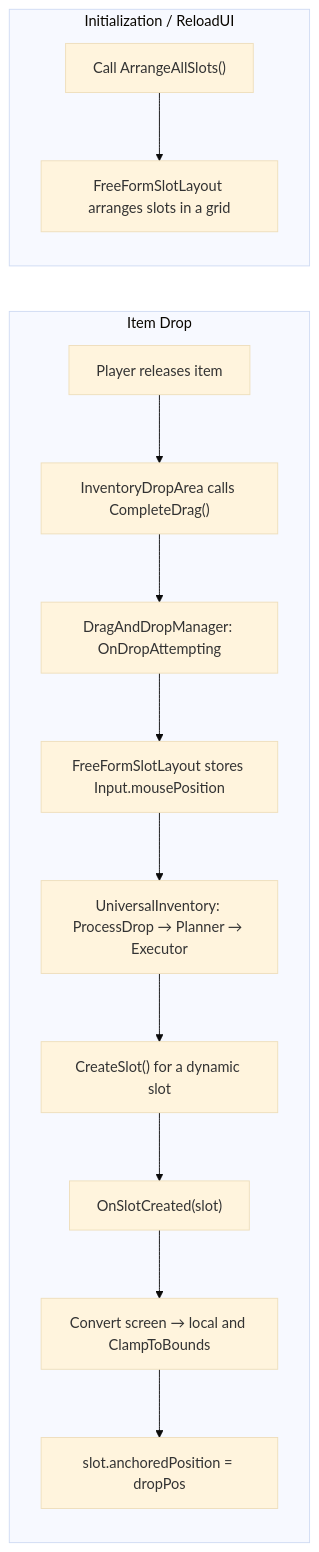
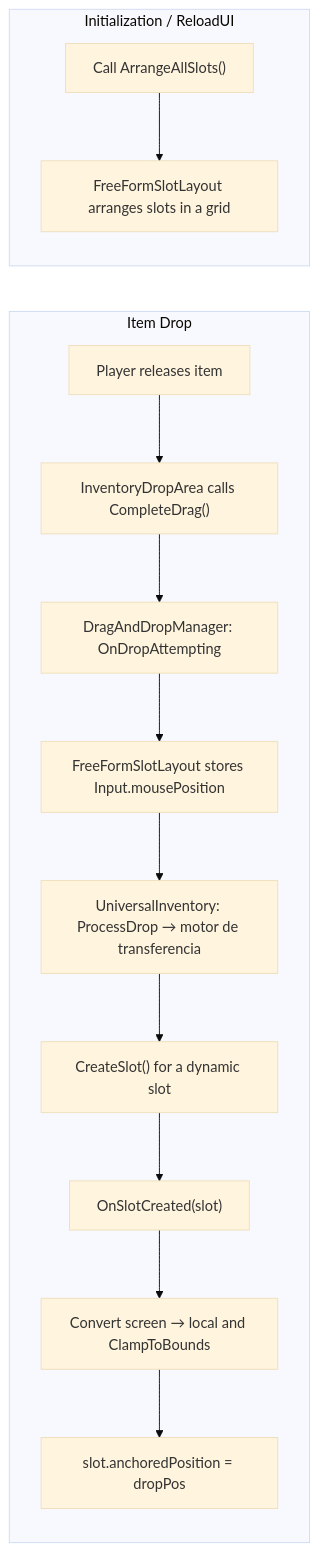
One commit to SergeevSergey99/DragAndDropSystem-Docs changed the second of 2 diagrams in .docs/content/systems/free-form-layout.es.md. Above: the diagram before and after it, drawn with Mermaid (base theme). The commit also changed other lines of this file and 23 other files, not shown here.

````diff
--- a/.docs/content/systems/free-form-layout.es.md
+++ b/.docs/content/systems/free-form-layout.es.md
@@ -72,17 +72,17 @@
 ```mermaid
 flowchart LR
     subgraph Drop["Item Drop"]
         A["Player releases item"] --> B["InventoryDropArea calls CompleteDrag()"]
         B --> C["DragAndDropManager: OnDropAttempting"]
         C --> D["FreeFormSlotLayout stores Input.mousePosition"]
-        D --> E["UniversalInventory: ProcessDrop → Planner → Executor"]
+        D --> E["UniversalInventory: ProcessDrop → motor de transferencia"]
         E --> F["CreateSlot() for a dynamic slot"]
         F --> G["OnSlotCreated(slot)"]
         G --> H["Convert screen → local and ClampToBounds"]
         H --> I["slot.anchoredPosition = dropPos"]
     end
 
     subgraph Init["Initialization / ReloadUI"]
         J["Call ArrangeAllSlots()"] --> K["FreeFormSlotLayout arranges slots in a grid"]
     end
 ```
````
